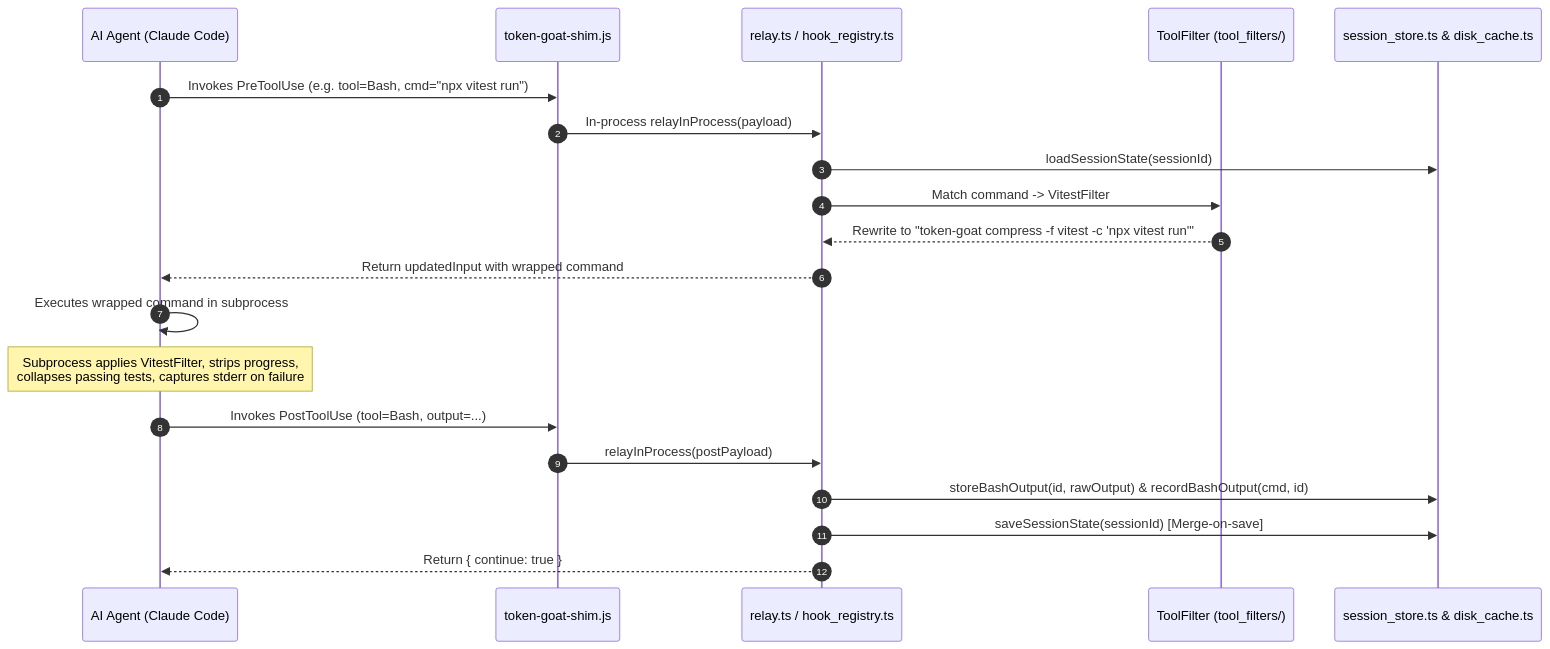
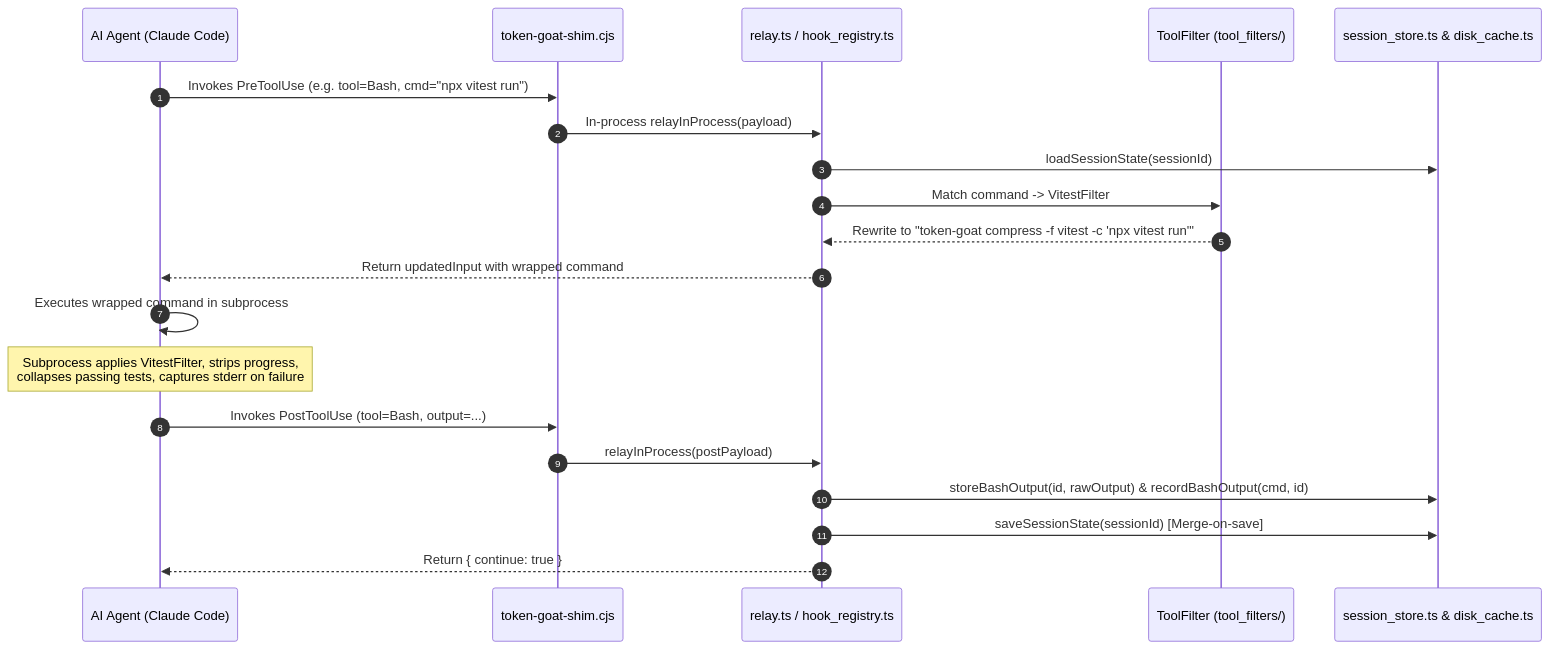
The fifth of 7 diagrams in docs/C4_RUNTIME_ARCHITECTURE.md (DFKHelper/token-goat), drawn with Mermaid before and after one commit. The commit also changed other lines of this file and 48 other files, not shown here.

````diff
--- a/docs/C4_RUNTIME_ARCHITECTURE.md
+++ b/docs/C4_RUNTIME_ARCHITECTURE.md
@@ -217,25 +217,25 @@
 ```mermaid
 sequenceDiagram
     autonumber
     participant Agent as AI Agent (Claude Code)
-    participant Shim as token-goat-shim.js
+    participant Shim as token-goat-shim.cjs
     participant Relay as relay.ts / hook_registry.ts
     participant Filter as ToolFilter (tool_filters/)
     participant Store as session_store.ts & disk_cache.ts
 
     Agent->>Shim: Invokes PreToolUse (e.g. tool=Bash, cmd="npx vitest run")
     Shim->>Relay: In-process relayInProcess(payload)
     Relay->>Store: loadSessionState(sessionId)
     Relay->>Filter: Match command -> VitestFilter
     Filter-->>Relay: Rewrite to "token-goat compress -f vitest -c 'npx vitest run'"
     Relay-->>Agent: Return updatedInput with wrapped command
     
     Agent->>Agent: Executes wrapped command in subprocess
     Note over Agent: Subprocess applies VitestFilter, strips progress,<br/>collapses passing tests, captures stderr on failure
     
     Agent->>Shim: Invokes PostToolUse (tool=Bash, output=...)
     Shim->>Relay: relayInProcess(postPayload)
     Relay->>Store: storeBashOutput(id, rawOutput) & recordBashOutput(cmd, id)
     Relay->>Store: saveSessionState(sessionId) [Merge-on-save]
     Relay-->>Agent: Return { continue: true }
 ```
````
